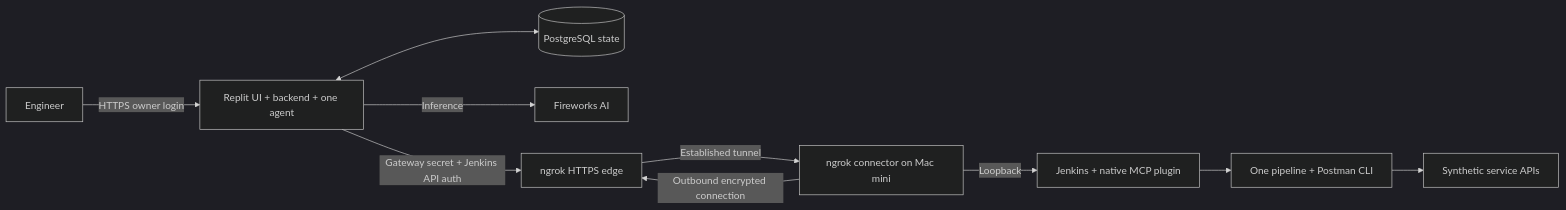
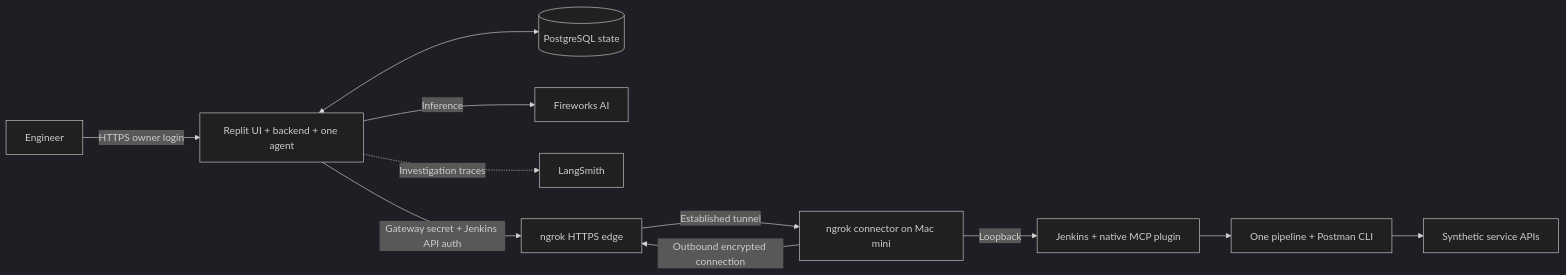
Before and after one commit to kdhandapani-hub/change-guardian: the diagram in README.md, drawn with Mermaid (dark theme). The commit also changed other lines of this file and 11 other files, not shown here.

Commit message:
Enable LangSmith investigation tracing and document verified Replit run

````diff
--- a/README.md
+++ b/README.md
@@ -21,12 +21,13 @@
 ```mermaid
 flowchart LR
   User[Engineer] -->|HTTPS owner login| App[Replit UI + backend + one agent]
   App <--> DB[(PostgreSQL state)]
   App -->|Inference| Model[Fireworks AI]
+  App -.->|Investigation traces| Tracing[LangSmith]
   App -->|Gateway secret + Jenkins API auth| Edge[ngrok HTTPS edge]
   Mini[ngrok connector on Mac mini] -->|Outbound encrypted connection| Edge
   Edge -->|Established tunnel| Mini
   Mini -->|Loopback| Jenkins[Jenkins + native MCP plugin]
   Jenkins --> Runner[One pipeline + Postman CLI]
   Runner --> APIs[Synthetic service APIs]
 ```
````
